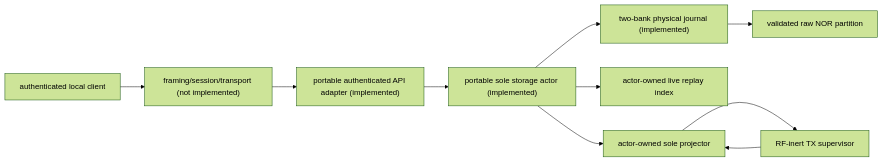
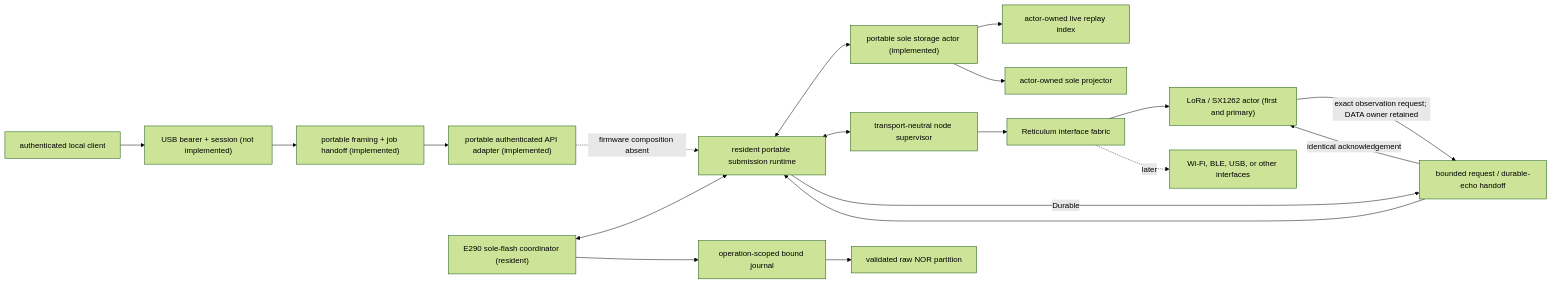
One commit to evelant/reticulum-rs-firmware changed the first of 2 diagrams in docs/durable-submissions.md. Above: the diagram before and after it, drawn with Mermaid (forest theme). The commit also changed other lines of this file and 142 other files, not shown here.

````diff
--- a/docs/durable-submissions.md
+++ b/docs/durable-submissions.md
@@ -51,12 +75,21 @@
 ```mermaid
 flowchart LR
-    Client["authenticated local client"] --> Transport["framing/session/transport (not implemented)"]
-    Transport --> API["portable authenticated API adapter (implemented)"]
-    API --> Store["portable sole storage actor (implemented)"]
-    Store --> Journal["two-bank physical journal (implemented)"]
+    Client["authenticated local client"] --> Bearer["USB bearer + session (not implemented)"]
+    Bearer --> Edge["portable framing + job handoff (implemented)"]
+    Edge --> API["portable authenticated API adapter (implemented)"]
+    API -. "firmware composition absent" .-> Runtime["resident portable submission runtime"]
+    Coordinator["E290 sole-flash coordinator (resident)"] <--> Runtime
+    Runtime <--> Store["portable sole storage actor (implemented)"]
+    Coordinator --> Journal["operation-scoped bound journal"]
     Journal --> Flash["validated raw NOR partition"]
     Store --> Model["actor-owned live replay index"]
     Store --> Projector["actor-owned sole projector"]
-    Projector --> Supervisor["RF-inert TX supervisor"]
-    Supervisor --> Projector
+    Runtime <--> Supervisor["transport-neutral node supervisor"]
+    Supervisor --> Fabric["Reticulum interface fabric"]
+    Fabric --> LoRa["LoRa / SX1262 actor (first and primary)"]
+    Fabric -. "later" .-> Other["Wi-Fi, BLE, USB, or other interfaces"]
+    LoRa -->|"exact observation request; DATA owner retained"| FrameHandoff["bounded request / durable-echo handoff"]
+    FrameHandoff --> Runtime
+    Runtime -->|"Durable"| FrameHandoff
+    FrameHandoff -->|"identical acknowledgement"| LoRa
 ```
````
